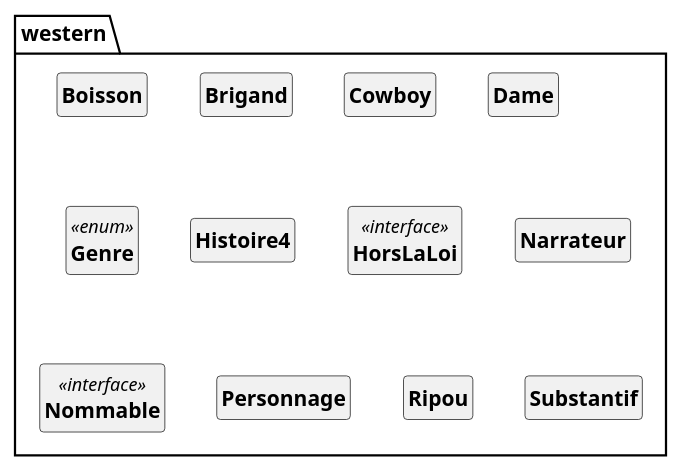
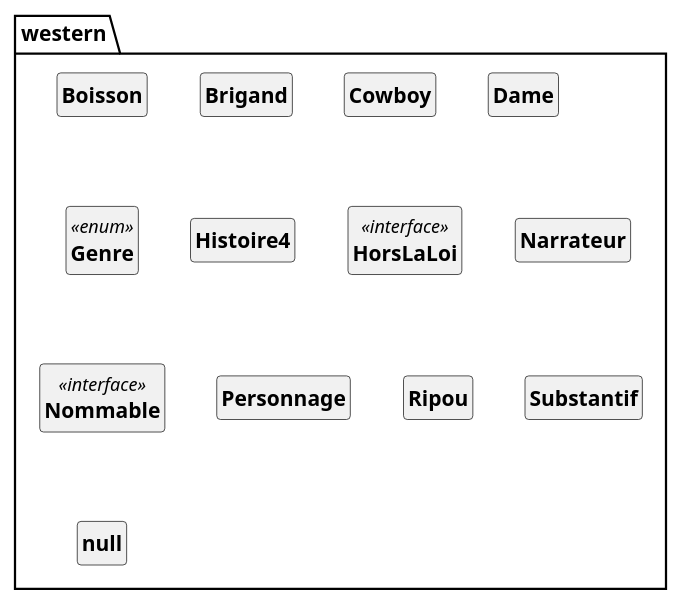
The diagram in out/production/p21_projet/pumlFromJava/westernClass.puml (DimToups/Java-to-PUML-converter), drawn with PlantUML before and after one commit. The commit also changed 10 other files, not shown here.

```diff
--- a/out/production/p21_projet/pumlFromJava/westernClass.puml
+++ b/out/production/p21_projet/pumlFromJava/westernClass.puml
@@ -1,48 +1,54 @@
 @startuml
 'https://plantuml.com/class-diagram
 skinparam style strictuml
 skinparam classAttributeIconSize 0
 skinparam classFontStyle Bold
 
 hide empty members
 
 
 package western{
 
 class Boisson{
 
 }
 class Brigand{
 
 }
 class Cowboy{
 
 }
 class Dame{
 
 }
 class Genre <<enum>>{
 
 }
 class Histoire4{
 
 }
 class HorsLaLoi <<interface>>{
 
 }
 class Narrateur{
 
 }
 class Nommable <<interface>>{
 
 }
 class Personnage{
 
 }
 class Ripou{
 
 }
 class Substantif{
 
 }
+class null{
+
+}
+class null{
+
+}
 @enduml
```
